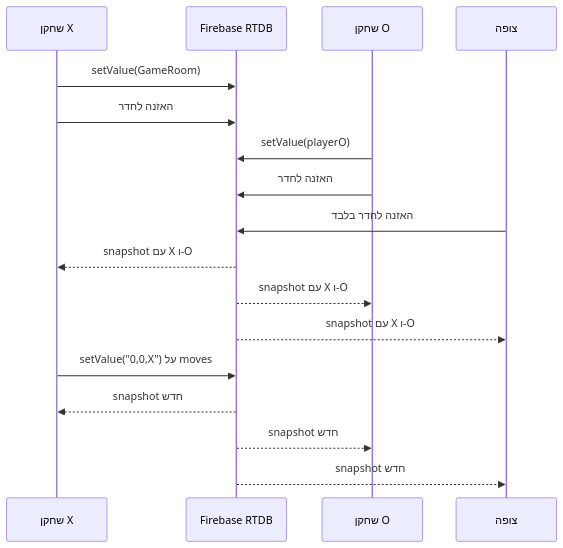
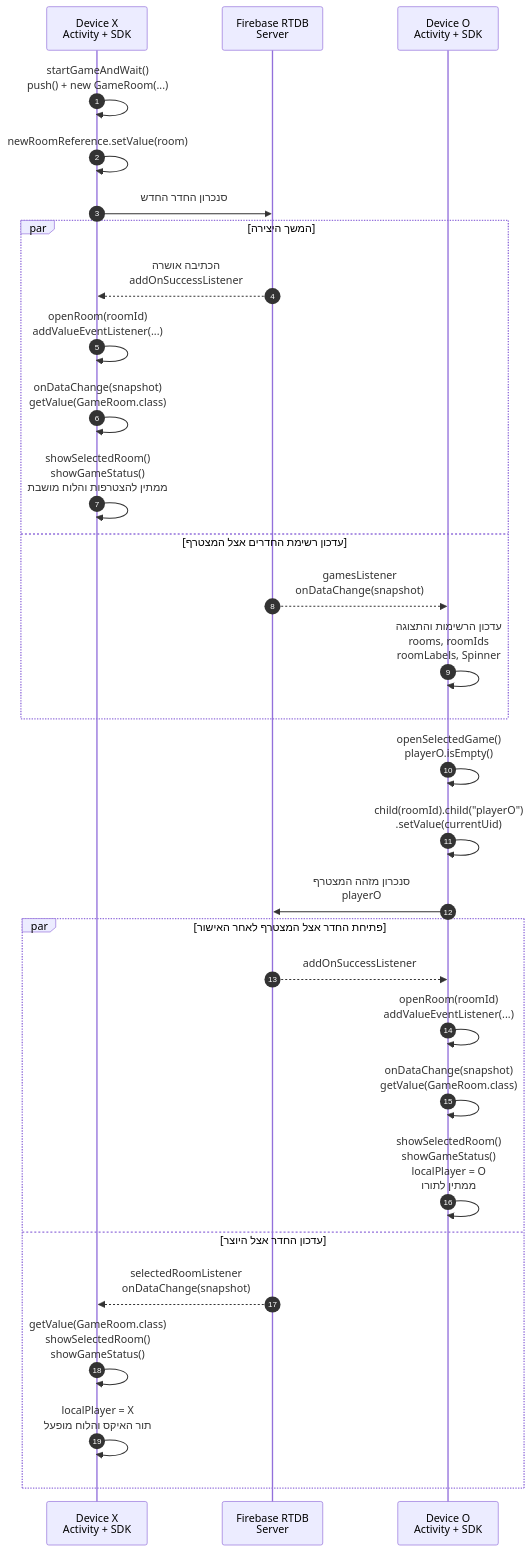
Before and after one commit to 3strategy/BeautifulMivney: the first of 2 diagrams in android/projectSteps/021b.TicTacToeRTDBGame.md, drawn with Mermaid. The commit also changed other lines of this file and 4 other files, not shown here.

Commit message:
Expand RTDB tutorials with Presence comparison and realtime flow

````diff
--- a/android/projectSteps/021b.TicTacToeRTDBGame.md
+++ b/android/projectSteps/021b.TicTacToeRTDBGame.md
@@ -679,19 +699,32 @@
 ```mermaid
 sequenceDiagram
-    participant X as שחקן X
-    participant DB as Firebase RTDB
-    participant O as שחקן O
-    participant K as צופה
-    X->>DB: setValue(GameRoom)
-    X->>DB: האזנה לחדר
-    O->>DB: setValue(playerO)
-    O->>DB: האזנה לחדר
-    K->>DB: האזנה לחדר בלבד
-    DB-->>X: snapshot עם X ו-O
-    DB-->>O: snapshot עם X ו-O
-    DB-->>K: snapshot עם X ו-O
-    X->>DB: setValue("0,0,X") על moves
-    DB-->>X: snapshot חדש
-    DB-->>O: snapshot חדש
-    DB-->>K: snapshot חדש
+    autonumber
+    participant X as Device X<br/>Activity + SDK
+    participant DB as Firebase RTDB<br/>Server
+    participant O as Device O<br/>Activity + SDK
+    X->>X: startGameAndWait()<br/>push() + new GameRoom(...)
+    X->>X: newRoomReference.setValue(room)
+    X->>DB: סנכרון החדר החדש
+    par המשך היצירה
+        DB-->>X: הכתיבה אושרה<br/>addOnSuccessListener
+        X->>X: openRoom(roomId)<br/>addValueEventListener(...)
+        X->>X: onDataChange(snapshot)<br/>getValue(GameRoom.class)
+        X->>X: showSelectedRoom()<br/>showGameStatus()<br/>ממתין להצטרפות והלוח מושבת
+    and עדכון רשימת החדרים אצל המצטרף
+        DB-->>O: gamesListener<br/>onDataChange(snapshot)
+        O->>O: עדכון הרשימות והתצוגה<br/>rooms, roomIds<br/>roomLabels, Spinner
+    end
+    O->>O: openSelectedGame()<br/>playerO.isEmpty()
+    O->>O: child(roomId).child("playerO")<br/>.setValue(currentUid)
+    O->>DB: סנכרון מזהה המצטרף<br/>playerO
+    par פתיחת החדר אצל המצטרף לאחר האישור
+        DB-->>O: addOnSuccessListener
+        O->>O: openRoom(roomId)<br/>addValueEventListener(...)
+        O->>O: onDataChange(snapshot)<br/>getValue(GameRoom.class)
+        O->>O: showSelectedRoom()<br/>showGameStatus()<br/>localPlayer = O<br/>ממתין לתורו
+    and עדכון החדר אצל היוצר
+        DB-->>X: selectedRoomListener<br/>onDataChange(snapshot)
+        X->>X: getValue(GameRoom.class)<br/>showSelectedRoom()<br/>showGameStatus()
+        X->>X: localPlayer = X<br/>תור האיקס והלוח מופעל
+    end
 ```
````
